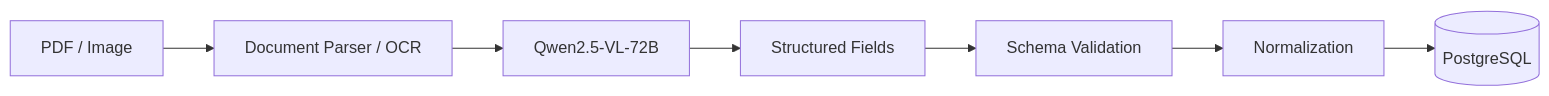
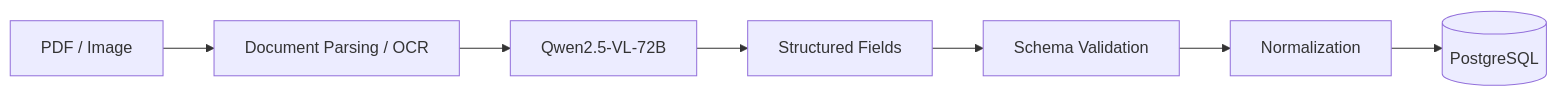
One commit to ChibuezeWilly/AI-Powered-Financial-Close-System changed the ninth of 23 diagrams in README.md. Above: the diagram before and after it, drawn with Mermaid. The commit also changed other lines of this file and 28 other files, not shown here.

````diff
--- a/README.md
+++ b/README.md
@@ -1182,17 +1159,17 @@
 ```mermaid
-
 flowchart LR
 
-    A[PDF / Image] --> B[Document Parser / OCR]
+    DOC[PDF / Image]
 
-    B --> C[Qwen2.5-VL-72B]
+    DOC --> OCR[Document Parsing / OCR]
 
-    C --> D[Structured Fields]
+    OCR --> VISION[Qwen2.5-VL-72B]
 
-    D --> E[Schema Validation]
+    VISION --> STRUCTURED[Structured Fields]
 
-    E --> F[Normalization]
+    STRUCTURED --> VALIDATE[Schema Validation]
 
-    F --> G[(PostgreSQL)]
+    VALIDATE --> NORMALIZE[Normalization]
 
+    NORMALIZE --> PG[(PostgreSQL)]
 ```
````
